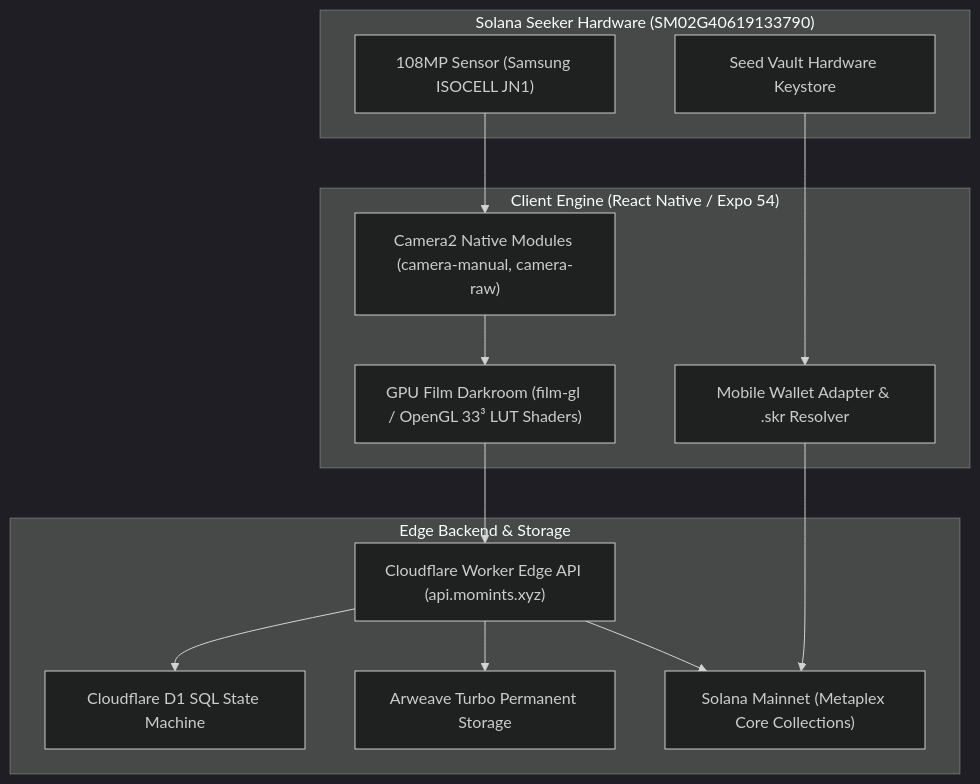
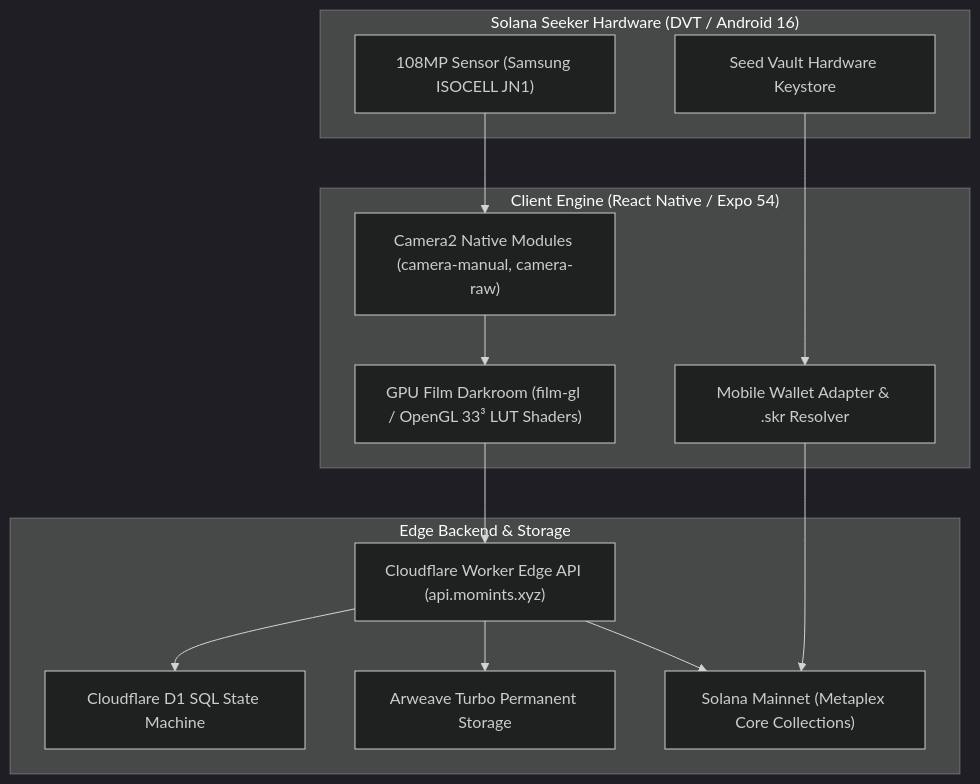
One commit to trav-1111/momints changed the diagram in README.md. Above: the diagram before and after it, drawn with Mermaid (dark theme). The commit also changed 4 other files, not shown here.

````diff
--- a/README.md
+++ b/README.md
@@ -169,29 +169,29 @@
 ```mermaid
 flowchart TD
-    subgraph SeekerHardware ["Solana Seeker Hardware (SM02G40619133790)"]
+    subgraph SeekerHardware ["Solana Seeker Hardware (DVT / Android 16)"]
         Sensor["108MP Sensor (Samsung ISOCELL JN1)"]
         SeedVault["Seed Vault Hardware Keystore"]
     end
 
     subgraph NativeClient ["Client Engine (React Native / Expo 54)"]
         CameraHAL["Camera2 Native Modules (camera-manual, camera-raw)"]
         GLDarkroom["GPU Film Darkroom (film-gl / OpenGL 33³ LUT Shaders)"]
         MWA["Mobile Wallet Adapter & .skr Resolver"]
     end
 
     subgraph DecentralizedCloud ["Edge Backend & Storage"]
         Worker["Cloudflare Worker Edge API (api.momints.xyz)"]
         D1["Cloudflare D1 SQL State Machine"]
         Turbo["Arweave Turbo Permanent Storage"]
         Solana["Solana Mainnet (Metaplex Core Collections)"]
     end
 
     Sensor --> CameraHAL
     CameraHAL --> GLDarkroom
     GLDarkroom --> Worker
     SeedVault --> MWA
     MWA --> Solana
     Worker --> D1
     Worker --> Turbo
     Worker --> Solana
 ```
````
